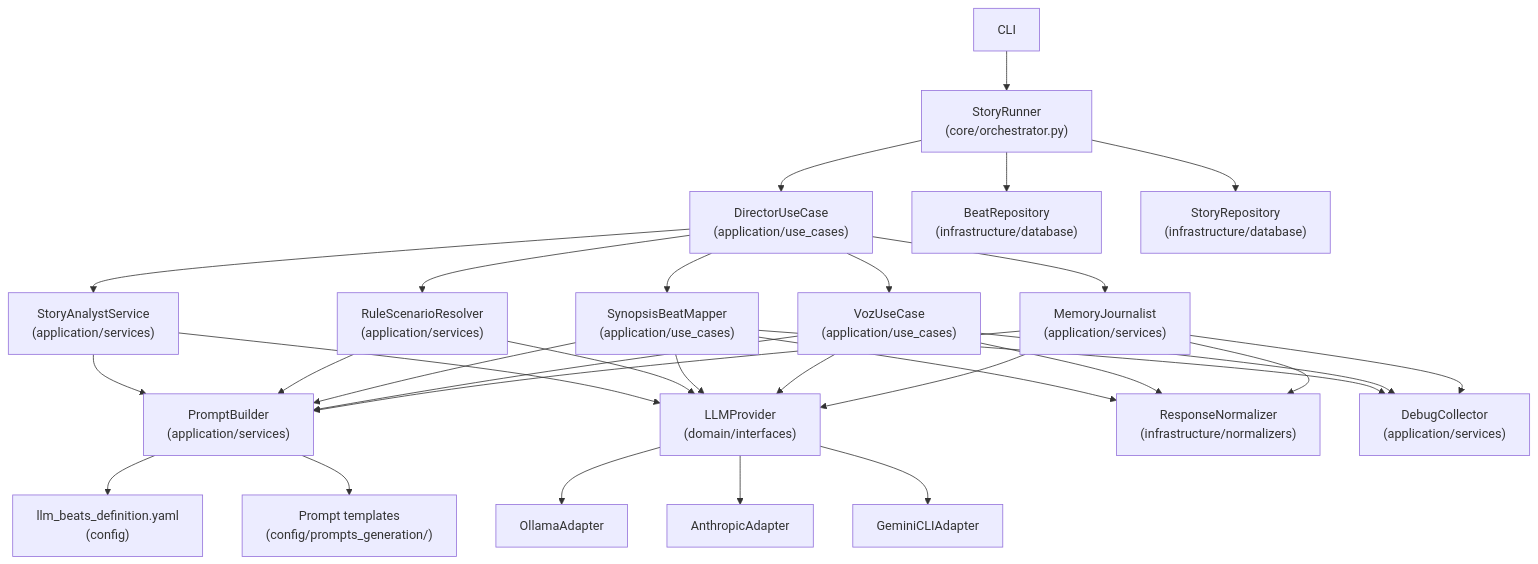
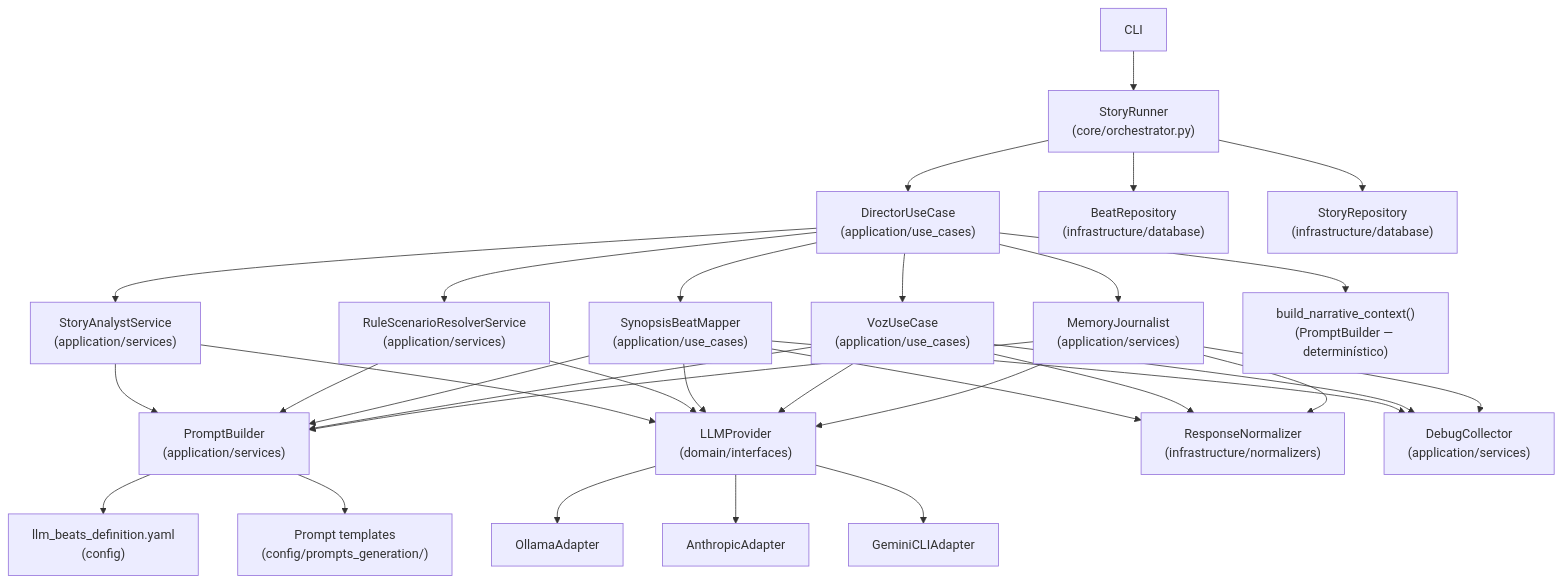
Before and after one commit to rledesma912/automated_narrative: the second of 4 diagrams in README.md, drawn with Mermaid. The commit also changed other lines of this file and 130 other files, not shown here.

````diff
--- a/README.md
+++ b/README.md
@@ -82,41 +88,43 @@
 ```mermaid
 flowchart TD
     CLI --> Runner["StoryRunner\n(core/orchestrator.py)"]
     Runner --> Dir["DirectorUseCase\n(application/use_cases)"]
 
     Dir --> Ana["StoryAnalystService\n(application/services)"]
-    Dir --> Res["RuleScenarioResolver\n(application/services)"]
+    Dir --> Res["RuleScenarioResolverService\n(application/services)"]
     Dir --> Map["SynopsisBeatMapper\n(application/use_cases)"]
     Dir --> Voz["VozUseCase\n(application/use_cases)"]
     Dir --> Jrn["MemoryJournalist\n(application/services)"]
+
+    Dir --> NC["build_narrative_context()\n(PromptBuilder — determinístico)"]
 
     Ana --> PB["PromptBuilder\n(application/services)"]
     Res --> PB
     Map --> PB
     Voz --> PB
     Jrn --> PB
 
     Ana --> LLM["LLMProvider\n(domain/interfaces)"]
     Res --> LLM
     Map --> LLM
     Voz --> LLM
     Jrn --> LLM
 
     Map --> Norm["ResponseNormalizer\n(infrastructure/normalizers)"]
     Voz --> Norm
     Jrn --> Norm
 
     Map --> DC["DebugCollector\n(application/services)"]
     Voz --> DC
     Jrn --> DC
 
     PB --> YAML["llm_beats_definition.yaml\n(config)"]
     PB --> Tmpl["Prompt templates\n(config/prompts_generation/)"]
 
     LLM --> Ollama["OllamaAdapter"]
     LLM --> Anthropic["AnthropicAdapter"]
     LLM --> Gemini["GeminiCLIAdapter"]
 
     Runner --> BeatRepo["BeatRepository\n(infrastructure/database)"]
     Runner --> StoryRepo["StoryRepository\n(infrastructure/database)"]
 ```
````
